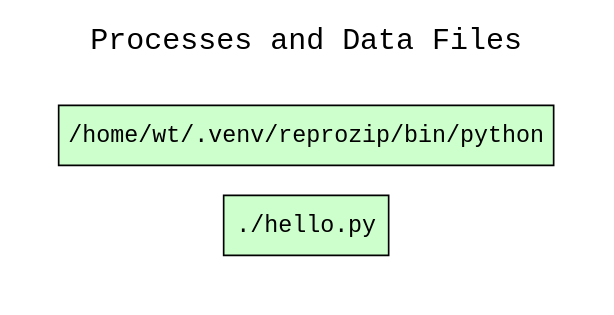
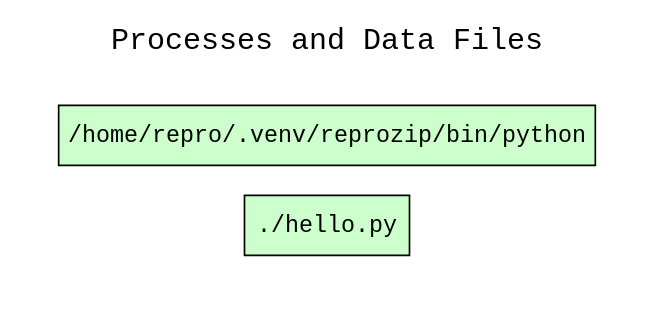
The diagram in examples/06-hello-python/graphs/wt_processes_and_data_files.dot (CIRSS/cpr), drawn with Graphviz before and after one commit. The commit also changed 19 other files, not shown here.

```diff
--- a/examples/06-hello-python/graphs/wt_processes_and_data_files.dot
+++ b/examples/06-hello-python/graphs/wt_processes_and_data_files.dot
@@ -1,13 +1,13 @@
 
 digraph wt_run {
 rankdir=LR
 fontname=Courier; fontsize=18; labelloc=t
 label="Processes and Data Files"
 subgraph cluster_inputs { label=""; color=white; penwidth=0
 subgraph cluster_inputs_inner { label=""; color=white
 node[shape=box style="filled" fillcolor="#CCFFCC" peripheries=1 fontname=Courier]
-"exe:e3" [label="/home/wt/.venv/reprozip/bin/python"]
+"exe:e3" [label="/home/repro/.venv/reprozip/bin/python"]
 "exe:e2" [label="./hello.py"]
 node[shape=box style="rounded,filled" fillcolor="#FFFFCC" peripheries=1 fontname=Helvetica]
 }}
 }
```
